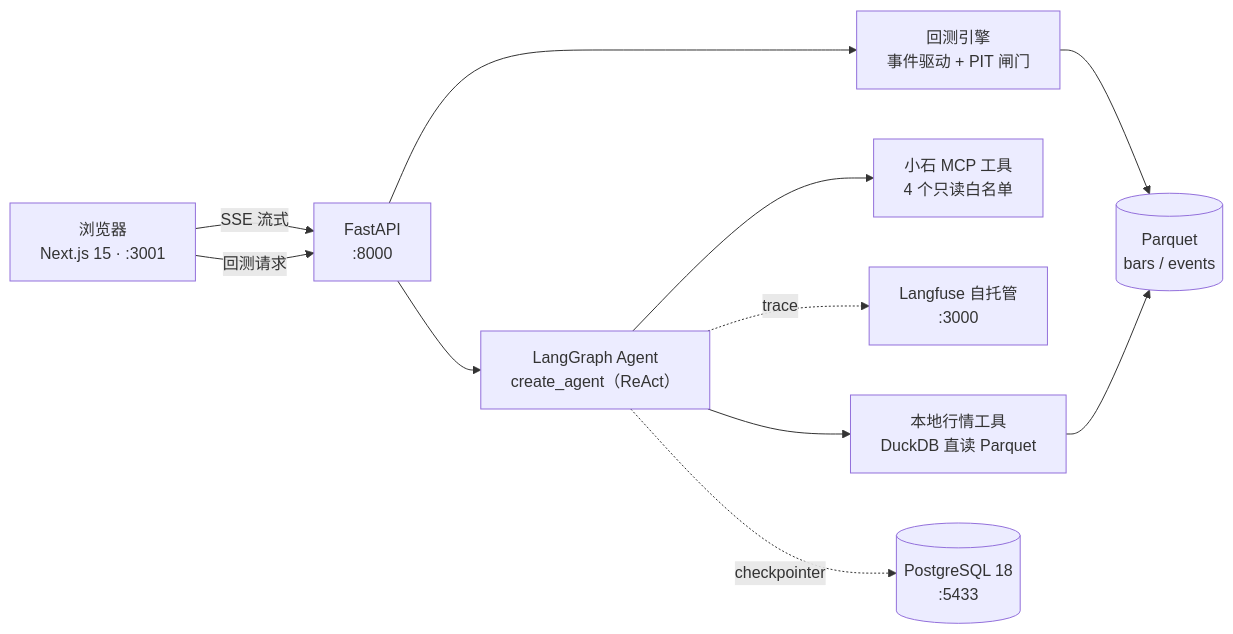
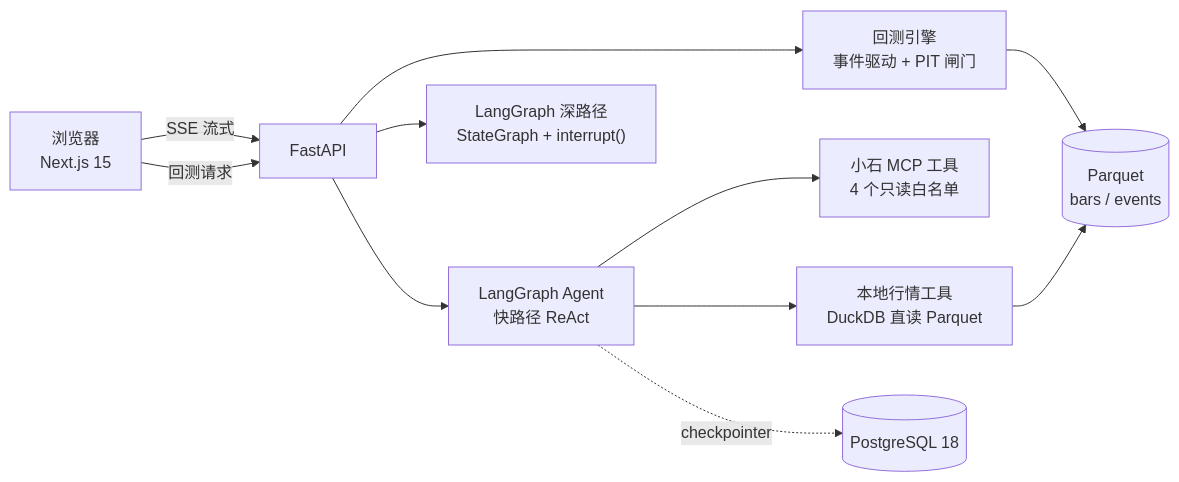
The diagram in README.md (Q-77-i/QuantSage), drawn with Mermaid before and after one commit. The commit also changed other lines of this file and 2 other files, not shown here.

````diff
--- a/README.md
+++ b/README.md
@@ -39,15 +130,15 @@
 ```mermaid
 flowchart LR
-    UI["浏览器<br/>Next.js 15 · :3001"] -->|"SSE 流式"| API["FastAPI<br/>:8000"]
+    UI["浏览器<br/>Next.js 15"] -->|"SSE 流式"| API["FastAPI"]
     UI -->|"回测请求"| API
 
-    API --> AG["LangGraph Agent<br/>create_agent（ReAct）"]
+    API --> AG["LangGraph Agent<br/>快路径 ReAct"]
+    API --> DEEP["LangGraph 深路径<br/>StateGraph + interrupt()"]
     AG --> LOCAL["本地行情工具<br/>DuckDB 直读 Parquet"]
     AG --> MCP["小石 MCP 工具<br/>4 个只读白名单"]
-    AG -.->|"trace"| LF["Langfuse 自托管<br/>:3000"]
 
     API --> BT["回测引擎<br/>事件驱动 + PIT 闸门"]
     BT --> PQ[("Parquet<br/>bars / events")]
     LOCAL --> PQ
-    AG -.->|"checkpointer"| PG[("PostgreSQL 18<br/>:5433")]
+    AG -.->|"checkpointer"| PG[("PostgreSQL 18")]
 ```
````
